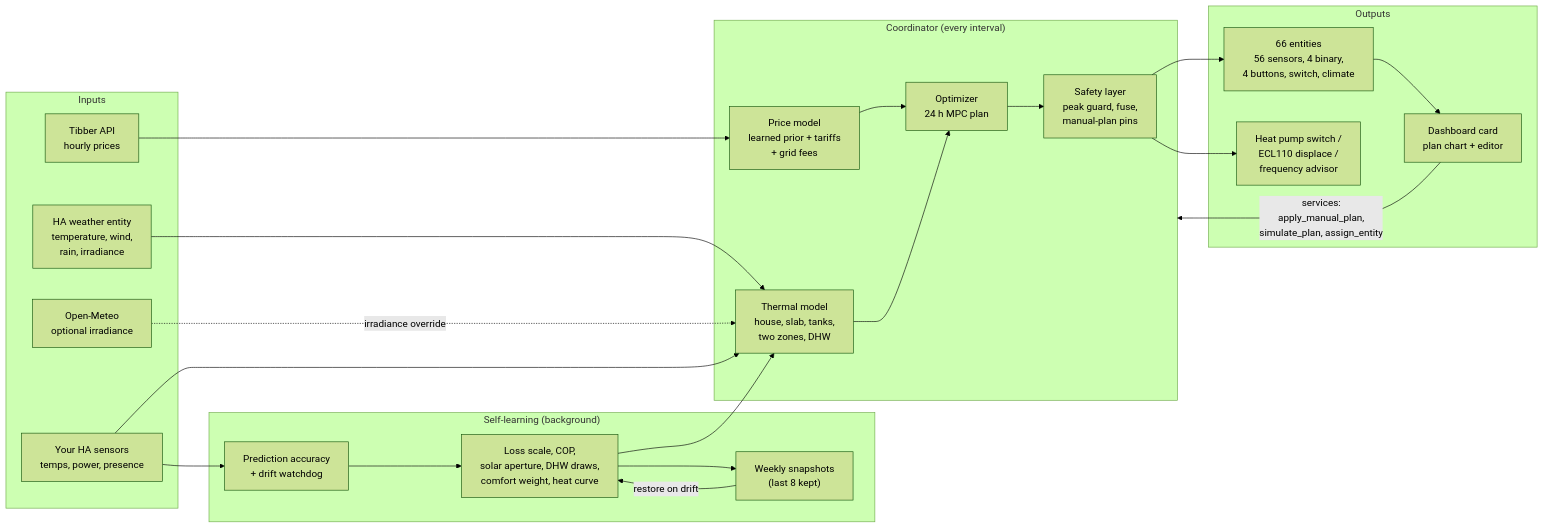
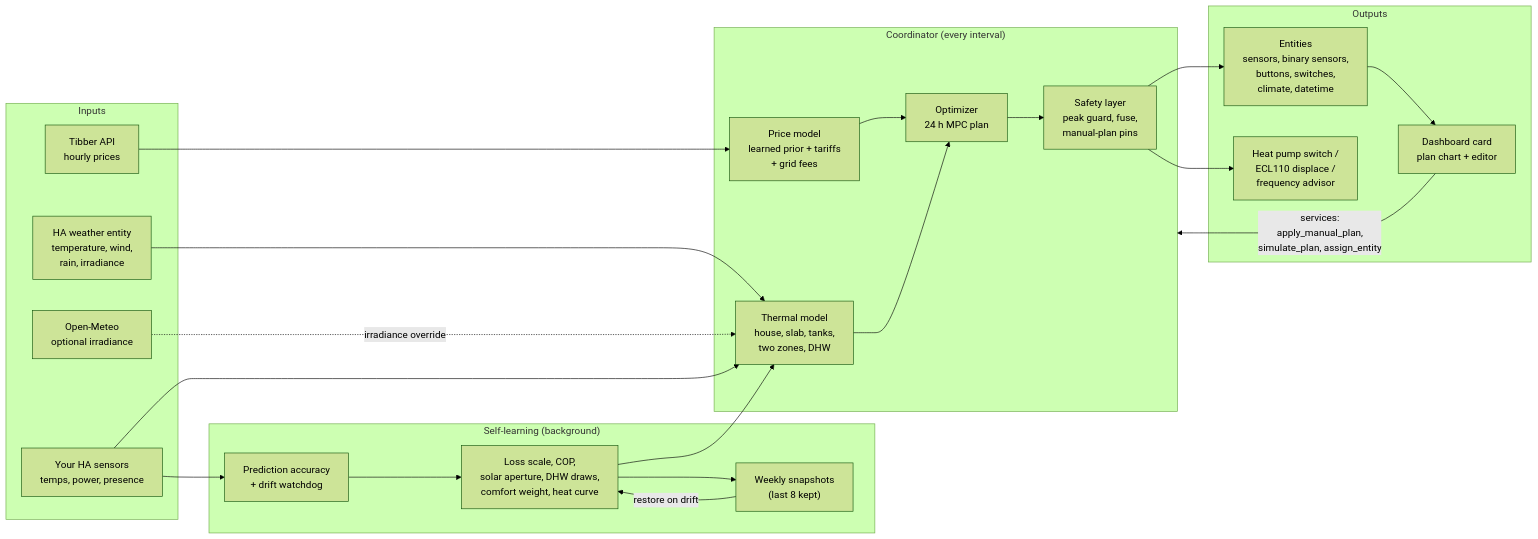
Before and after one commit to tvofi/heatpump_optimizer: the first of 3 diagrams in README.md, drawn with Mermaid (forest theme). The commit also changed other lines of this file and 2 other files, not shown here.

````diff
--- a/README.md
+++ b/README.md
@@ -31,45 +100,45 @@
 ```mermaid
 flowchart LR
     subgraph inputs["Inputs"]
         tibber["Tibber API<br/>hourly prices"]
         weather["HA weather entity<br/>temperature, wind,<br/>rain, irradiance"]
         meteo["Open-Meteo<br/>optional irradiance"]
         ha["Your HA sensors<br/>temps, power, presence"]
     end
 
     subgraph brain["Coordinator (every interval)"]
         pm["Price model<br/>learned prior + tariffs<br/>+ grid fees"]
         tm["Thermal model<br/>house, slab, tanks,<br/>two zones, DHW"]
         opt["Optimizer<br/>24 h MPC plan"]
         guard["Safety layer<br/>peak guard, fuse,<br/>manual-plan pins"]
     end
 
     subgraph learn["Self-learning (background)"]
         acc["Prediction accuracy<br/>+ drift watchdog"]
         learners["Loss scale, COP,<br/>solar aperture, DHW draws,<br/>comfort weight, heat curve"]
         snap["Weekly snapshots<br/>(last 8 kept)"]
     end
 
     subgraph out["Outputs"]
-        ent["66 entities<br/>56 sensors, 4 binary,<br/>4 buttons, switch, climate"]
+        ent["Entities<br/>sensors, binary sensors,<br/>buttons, switches,<br/>climate, datetime"]
         card["Dashboard card<br/>plan chart + editor"]
         ctl["Heat pump switch /<br/>ECL110 displace /<br/>frequency advisor"]
     end
 
     tibber --> pm
     weather --> tm
     meteo -. "irradiance override" .-> tm
     ha --> tm
     pm --> opt
     tm --> opt
     opt --> guard
     guard --> ent
     guard --> ctl
     ent --> card
     card -- "services:<br/>apply_manual_plan,<br/>simulate_plan, assign_entity" --> brain
     acc --> learners
     learners --> tm
     learners --> snap
     snap -- "restore on drift" --> learners
     ha --> acc
 ```
````
